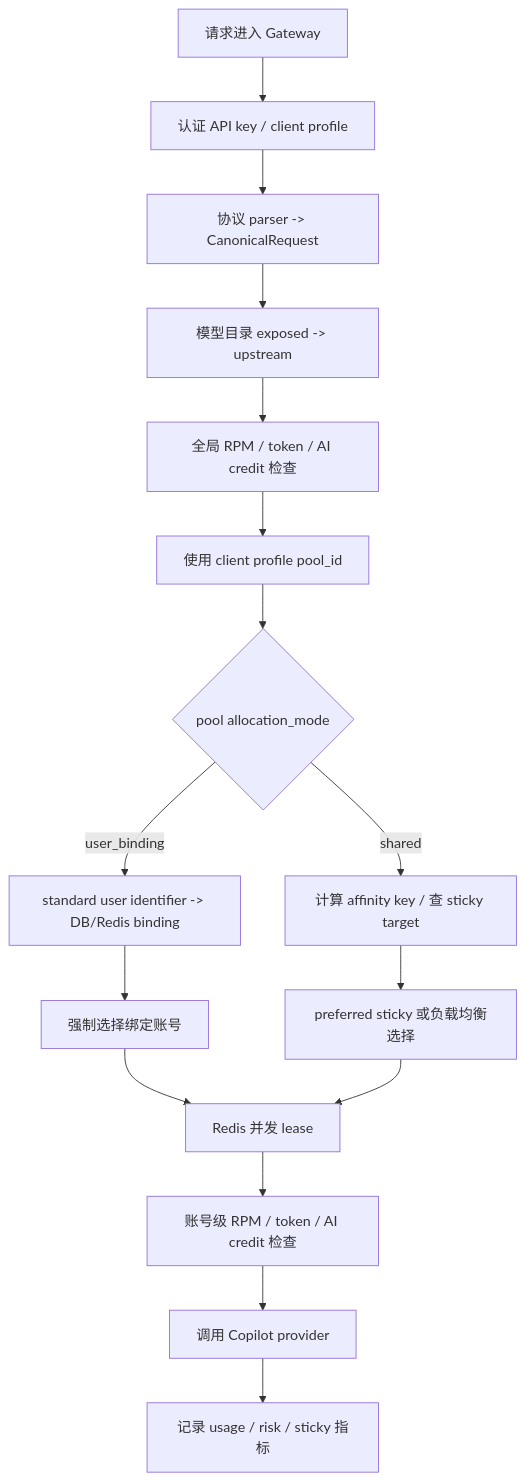
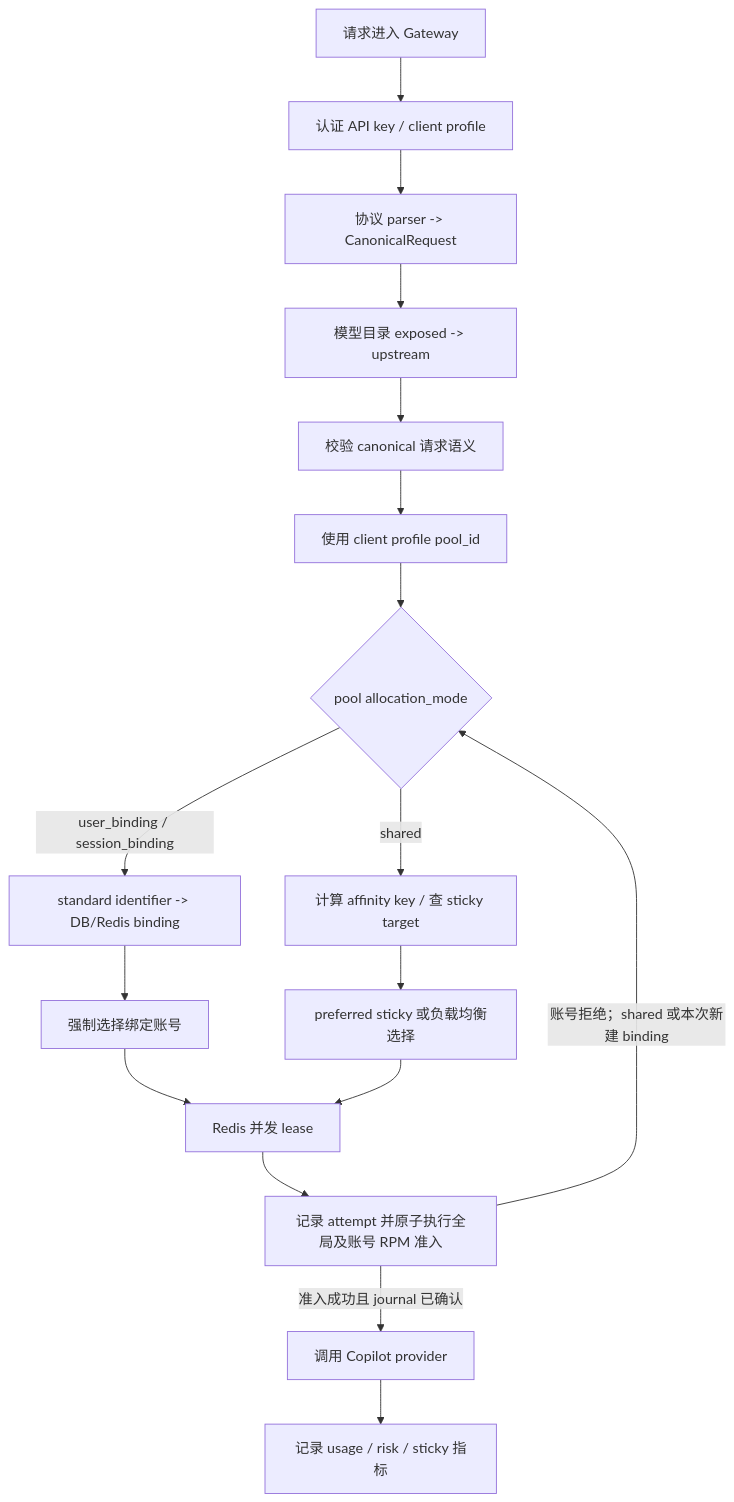
One commit to pczhao1210/ghcp-pool-proxy changed the diagram in docs/routing.zh.md. Above: the diagram before and after it, drawn with Mermaid. The commit also changed other lines of this file and 34 other files, not shown here.

First line of the commit message:
Publish runtime release 2026.09.12.1 (schema 21)

````diff
--- a/docs/routing.zh.md
+++ b/docs/routing.zh.md
@@ -21,18 +21,19 @@
 ```mermaid
 flowchart TD
   A["请求进入 Gateway"] --> B["认证 API key / client profile"]
   B --> C["协议 parser -> CanonicalRequest"]
   C --> D["模型目录 exposed -> upstream"]
-  D --> E["全局 RPM / token / AI credit 检查"]
+  D --> E["校验 canonical 请求语义"]
   E --> F["使用 client profile pool_id"]
   F --> G{"pool allocation_mode"}
-  G -->|"user_binding"| H["standard user identifier -> DB/Redis binding"]
+  G -->|"user_binding / session_binding"| H["standard identifier -> DB/Redis binding"]
   G -->|"shared"| I["计算 affinity key / 查 sticky target"]
   H --> J["强制选择绑定账号"]
   I --> K["preferred sticky 或负载均衡选择"]
   J --> L["Redis 并发 lease"]
   K --> L
-  L --> M["账号级 RPM / token / AI credit 检查"]
-  M --> N["调用 Copilot provider"]
+  L --> M["记录 attempt 并原子执行全局及账号 RPM 准入"]
+  M -->|"准入成功且 journal 已确认"| N["调用 Copilot provider"]
+  M -->|"账号拒绝；shared 或本次新建 binding"| G
   N --> O["记录 usage / risk / sticky 指标"]
 ```
````
